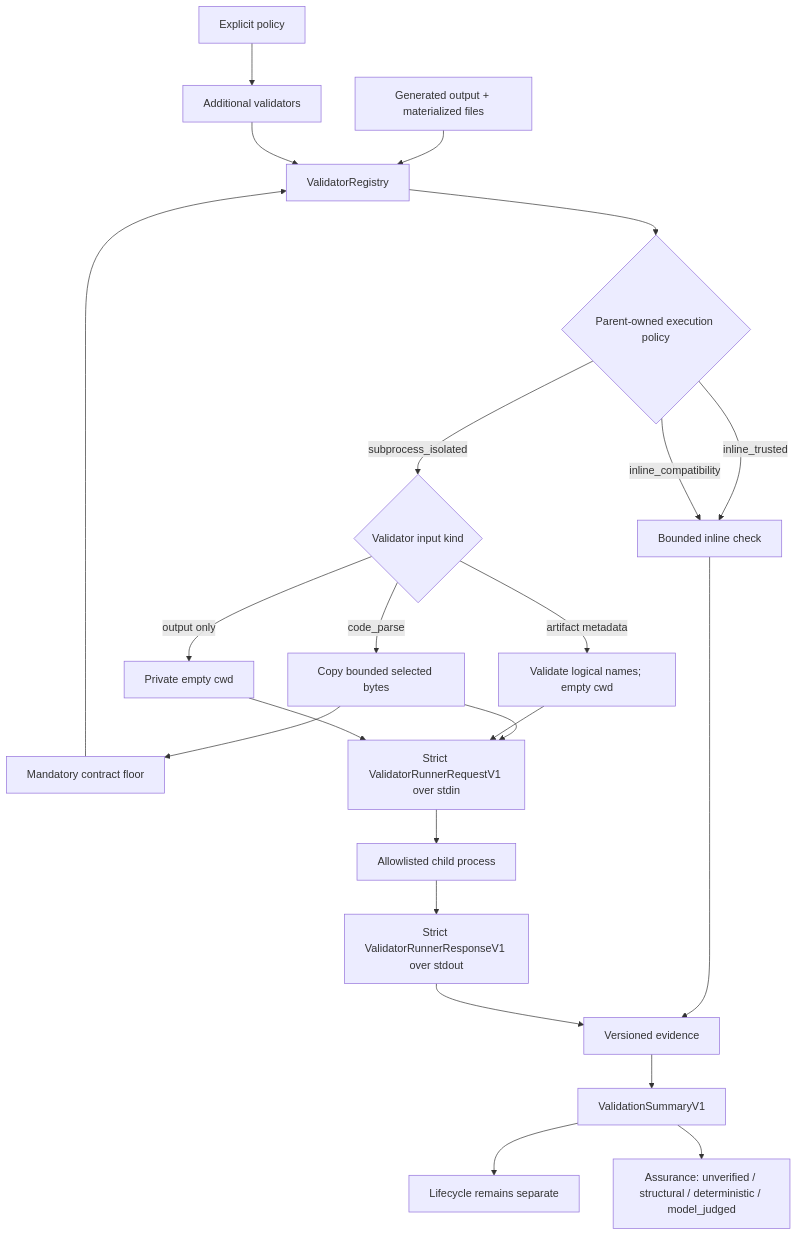
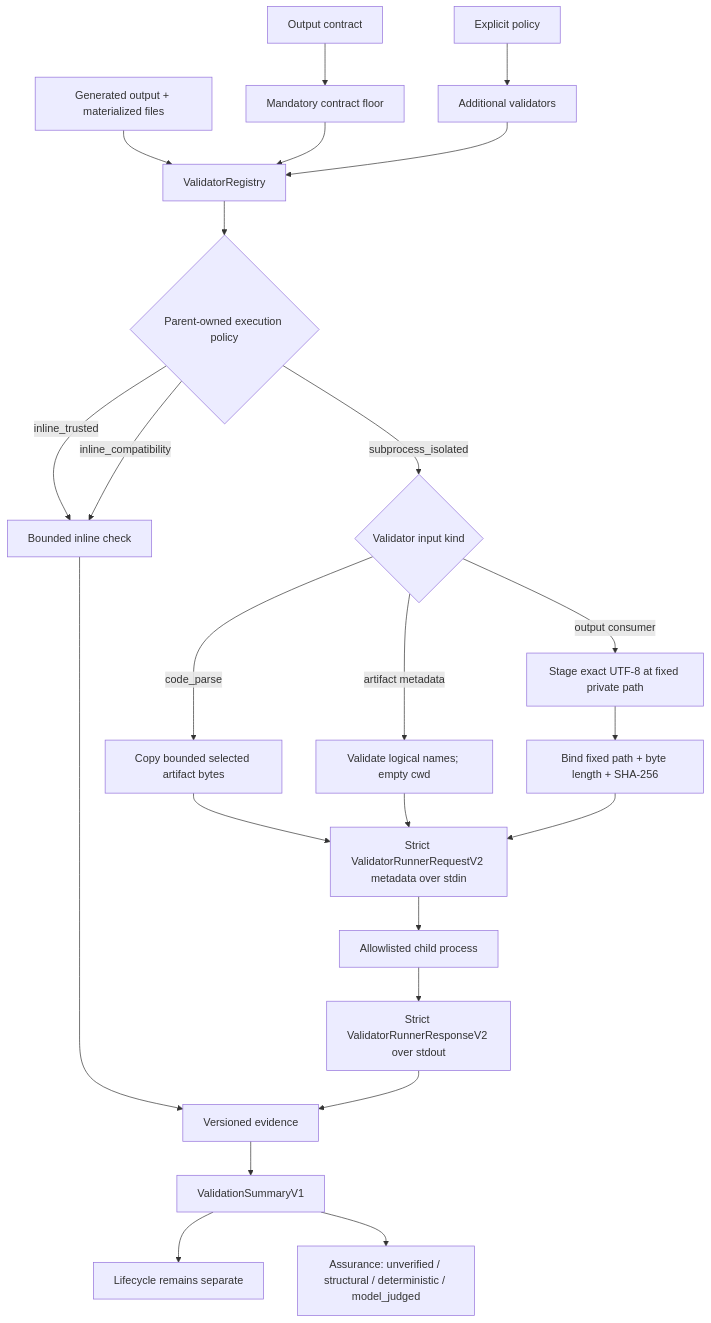
The seventh of 9 diagrams in docs/ARCHITECTURE.md (Jwrightsman/distributed-orchestrator), drawn with Mermaid before and after one commit. The commit also changed other lines of this file and 7 other files, not shown here.

Commit message:
docs: close validator output transport isolation

````diff
--- a/docs/ARCHITECTURE.md
+++ b/docs/ARCHITECTURE.md
@@ -391,25 +391,26 @@
 ```mermaid
 flowchart TD
     O[Generated output + materialized files] --> R[ValidatorRegistry]
-    C[Output contract] --> F[Mandatory contract floor]
+    K[Output contract] --> F[Mandatory contract floor]
     P[Explicit policy] --> X[Additional validators]
     F --> R
     X --> R
     R --> M{Parent-owned execution policy}
     M -->|inline_trusted| I[Bounded inline check]
     M -->|inline_compatibility| I
     M -->|subprocess_isolated| B{Validator input kind}
-    B -->|code_parse| C[Copy bounded selected bytes]
+    B -->|code_parse| C[Copy bounded selected artifact bytes]
     B -->|artifact metadata| N[Validate logical names; empty cwd]
-    B -->|output only| D[Private empty cwd]
-    C --> Q[Strict ValidatorRunnerRequestV1 over stdin]
+    B -->|output consumer| D[Stage exact UTF-8 at fixed private path]
+    D --> H[Bind fixed path + byte length + SHA-256]
+    C --> Q[Strict ValidatorRunnerRequestV2 metadata over stdin]
     N --> Q
-    D --> Q
+    H --> Q
     Q --> U[Allowlisted child process]
-    U --> W[Strict ValidatorRunnerResponseV1 over stdout]
+    U --> W[Strict ValidatorRunnerResponseV2 over stdout]
     I --> E[Versioned evidence]
     W --> E
     E --> S[ValidationSummaryV1]
     S --> L[Lifecycle remains separate]
     S --> A[Assurance: unverified / structural / deterministic / model_judged]
 ```
````
